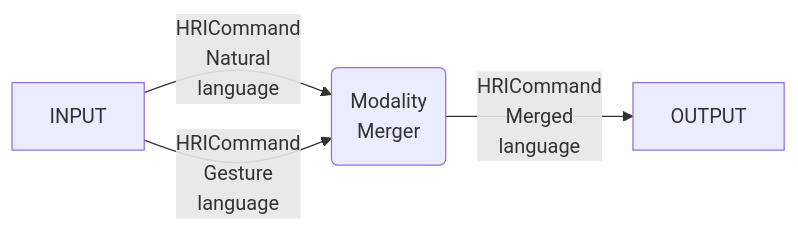
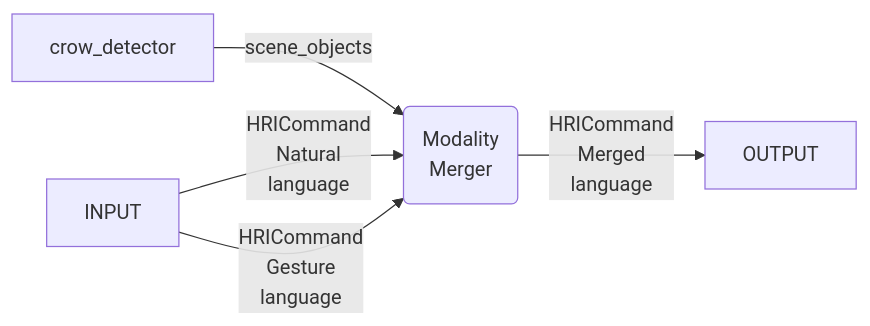
The diagram in README.md (imitrob/imitrob_hri), drawn with Mermaid before and after one commit. The commit also changed other lines of this file and 7 other files, not shown here.

````diff
--- a/README.md
+++ b/README.md
@@ -14,7 +11,8 @@
 ```mermaid
 flowchart LR;
 
+crow_detector -- "scene_objects" --> MM
 INPUT -- "HRICommand<br>Natural<br>language" --> MM("Modality<br>Merger")
 INPUT -- "HRICommand<br>Gesture<br>language" --> MM("Modality<br>Merger") -- "HRICommand<br>Merged<br>language" --> OUTPUT
 
 ```
````
